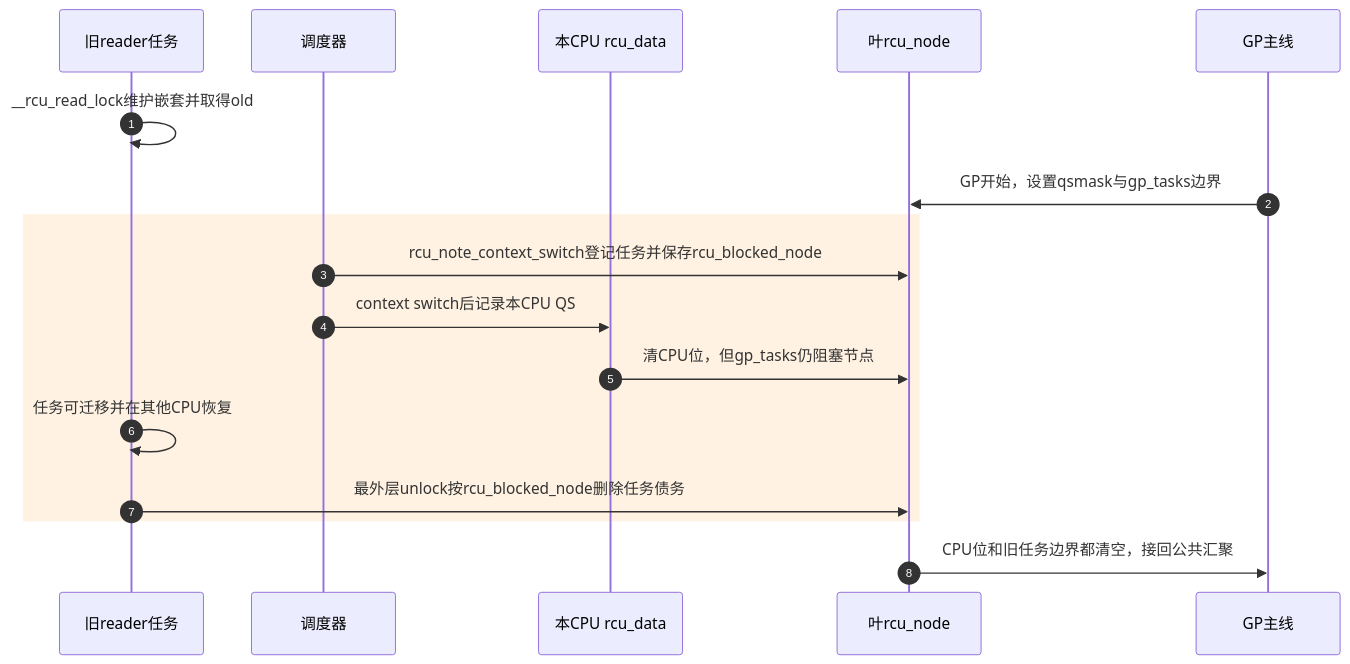
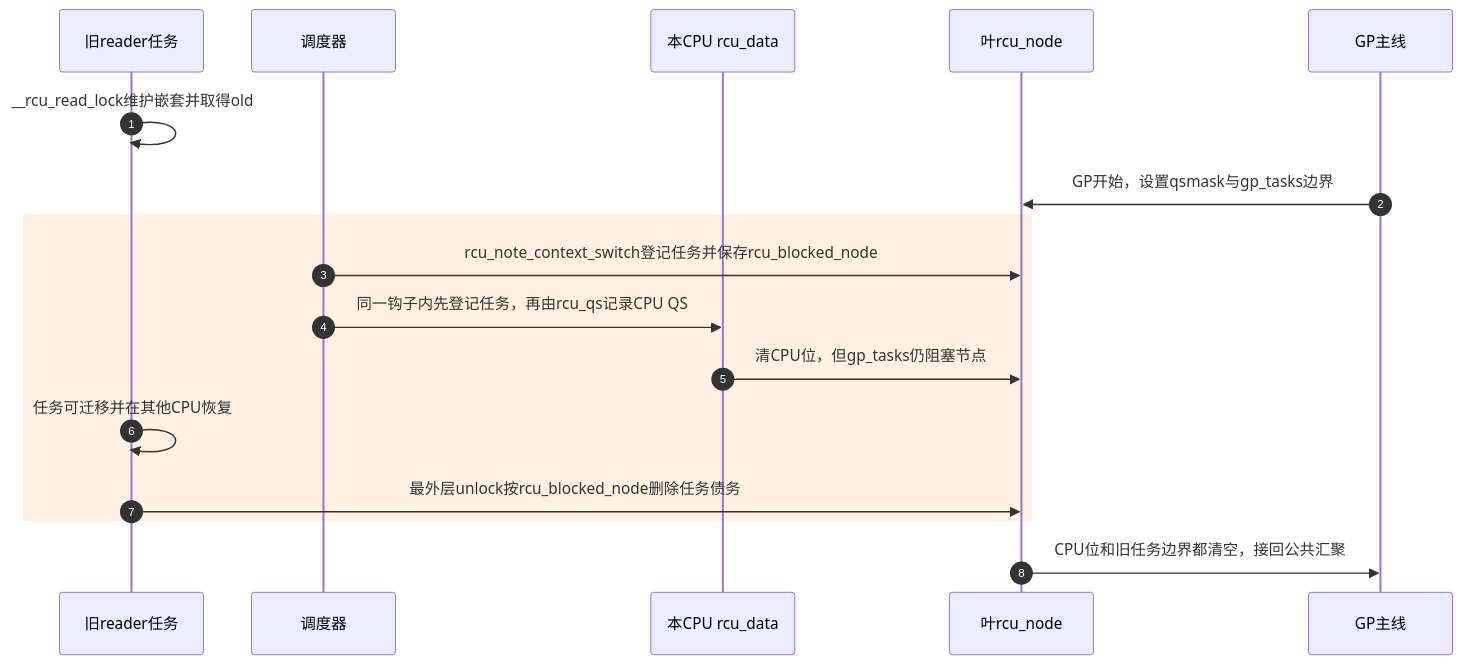
Before and after one commit to FormingSystem/linux_note: the third of 3 diagrams in research/source_reading/rcu/navigation/P02_Linux_6.12_RCU公共接口与读侧模型模块源码概念导读.md, drawn with Mermaid. The commit also changed other lines of this file and 1 other file, not shown here.

````diff
--- a/research/source_reading/rcu/navigation/P02_Linux_6.12_RCU公共接口与读侧模型模块源码概念导读.md
+++ b/research/source_reading/rcu/navigation/P02_Linux_6.12_RCU公共接口与读侧模型模块源码概念导读.md
@@ -173,20 +212,20 @@
 ```mermaid
 sequenceDiagram
     autonumber
     participant T as 旧reader任务
     participant S as 调度器
     participant D as 本CPU rcu_data
     participant N as 叶rcu_node
     participant G as GP主线
 
     T->>T: __rcu_read_lock维护嵌套并取得old
     G->>N: GP开始，设置qsmask与gp_tasks边界
     rect rgb(255, 242, 226)
         S->>N: rcu_note_context_switch登记任务并保存rcu_blocked_node
-        S->>D: context switch后记录本CPU QS
+        S->>D: 同一钩子内先登记任务，再由rcu_qs记录CPU QS
         D->>N: 清CPU位，但gp_tasks仍阻塞节点
         T->>T: 任务可迁移并在其他CPU恢复
         T->>N: 最外层unlock按rcu_blocked_node删除任务债务
     end
     N->>G: CPU位和旧任务边界都清空，接回公共汇聚
 ```
````
